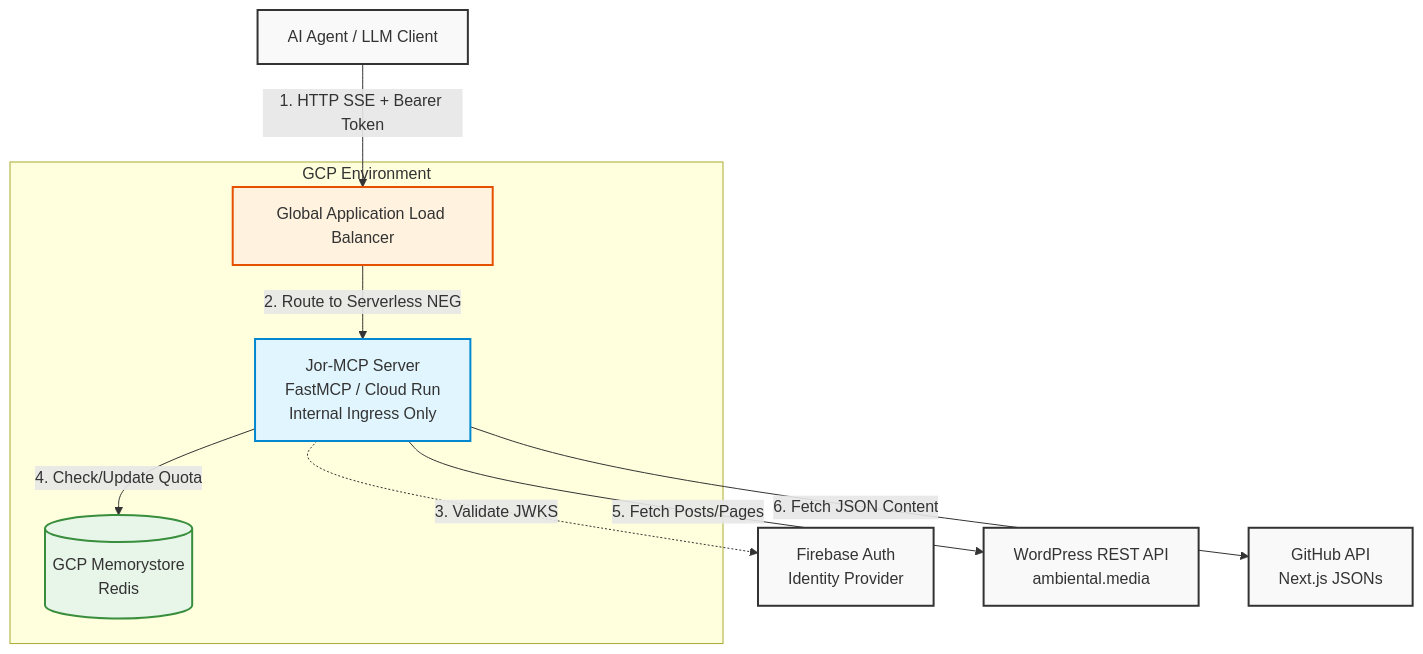
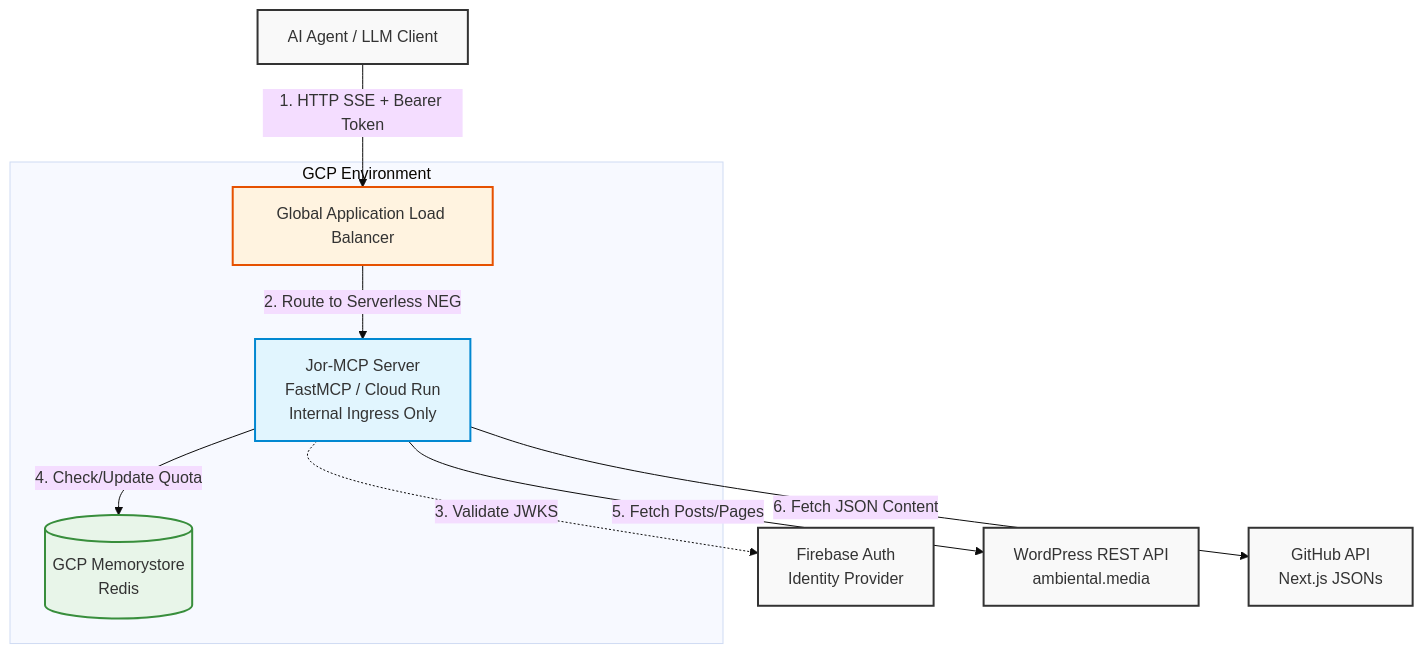
Before and after one commit to ambiental-media/jor-mcp: the first of 2 diagrams in docs/1-technical/architecture.md, drawn with Mermaid. The commit also changed other lines of this file, not shown here.

Commit message:
change diagram theme

````diff
--- a/docs/1-technical/architecture.md
+++ b/docs/1-technical/architecture.md
@@ -9,36 +9,37 @@
 ```mermaid
+%%{init: {'theme': 'base'}}%%
 graph TD
     %% External Actors
     Client[AI Agent / LLM Client]
     
     %% Core System
     subgraph GCP Environment
         LB[Global Application Load Balancer]
         JorMCP[Jor-MCP Server \n FastMCP / Cloud Run \n Internal Ingress Only]
         Redis[(GCP Memorystore \n Redis)]
     end
     
     %% External Services
     FirebaseAuth[Firebase Auth \n Identity Provider]
     WP[WordPress REST API \n ambiental.media]
     GH[GitHub API \n Next.js JSONs]
 
     %% Relationships
     Client -- "1. HTTP SSE + Bearer Token" --> LB
     LB -- "2. Route to Serverless NEG" --> JorMCP
     JorMCP -. "3. Validate JWKS" .-> FirebaseAuth
     JorMCP -- "4. Check/Update Quota" --> Redis
     JorMCP -- "5. Fetch Posts/Pages" --> WP
     JorMCP -- "6. Fetch JSON Content" --> GH
     
     %% Styling
     classDef external fill:#f9f9f9,stroke:#333,stroke-width:2px;
     classDef internal fill:#e1f5fe,stroke:#0288d1,stroke-width:2px;
     classDef db fill:#e8f5e9,stroke:#388e3c,stroke-width:2px;
     classDef gateway fill:#fff3e0,stroke:#e65100,stroke-width:2px;
     
     class Client,FirebaseAuth,WP,GH external;
     class JorMCP internal;
     class LB gateway;
     class Redis db;
 ```
````
